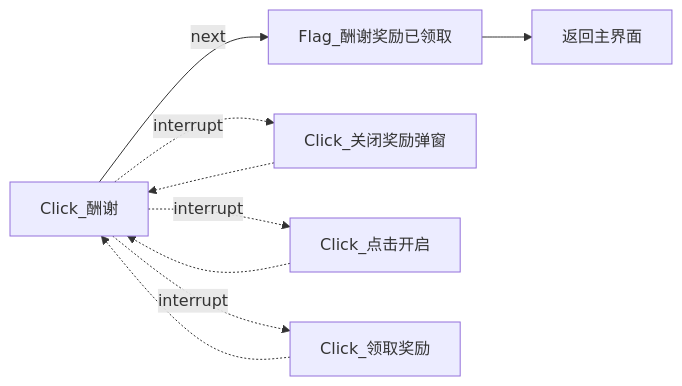
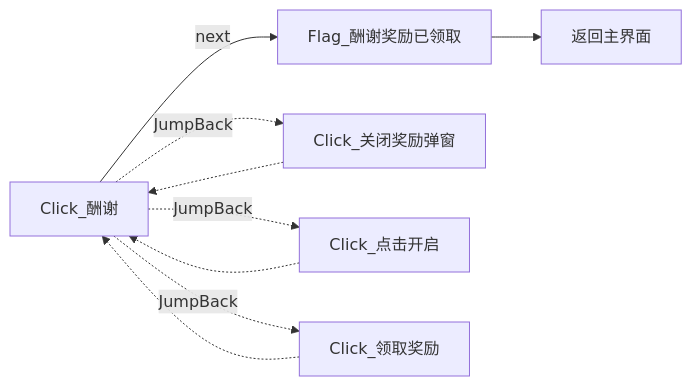
The tenth of 40 diagrams in docs/zh_cn/develop/Pipeline说明.md (Coxwtwo/MaaTOT), drawn with Mermaid before and after one commit. The commit also changed other lines of this file, not shown here.

Commit message:
docs: 完善 Pipeline 说明，新增未名市移动、未名市周任务文档，interrupt→JumpBack(MaaFramework v5.1 起已废弃 interrupt 字段）

````diff
--- a/docs/zh_cn/develop/Pipeline说明.md
+++ b/docs/zh_cn/develop/Pipeline说明.md
@@ -240,11 +240,11 @@
 ```mermaid
 flowchart LR
     n19["Click_酬谢"] -->|next| n20["Flag_酬谢奖励已领取"]
-    n19 -.->|interrupt| n21["Click_关闭奖励弹窗"]
+    n19 -.->|JumpBack| n21["Click_关闭奖励弹窗"]
     n21 -.-> n19
-    n19 -.->|interrupt| n22["Click_点击开启"]
+    n19 -.->|JumpBack| n22["Click_点击开启"]
     n22 -.-> n19
-    n19 -.->|interrupt| n23["Click_领取奖励"]
+    n19 -.->|JumpBack| n23["Click_领取奖励"]
     n23 -.-> n19
     n20 --> n00["返回主界面"]
 ```
````
